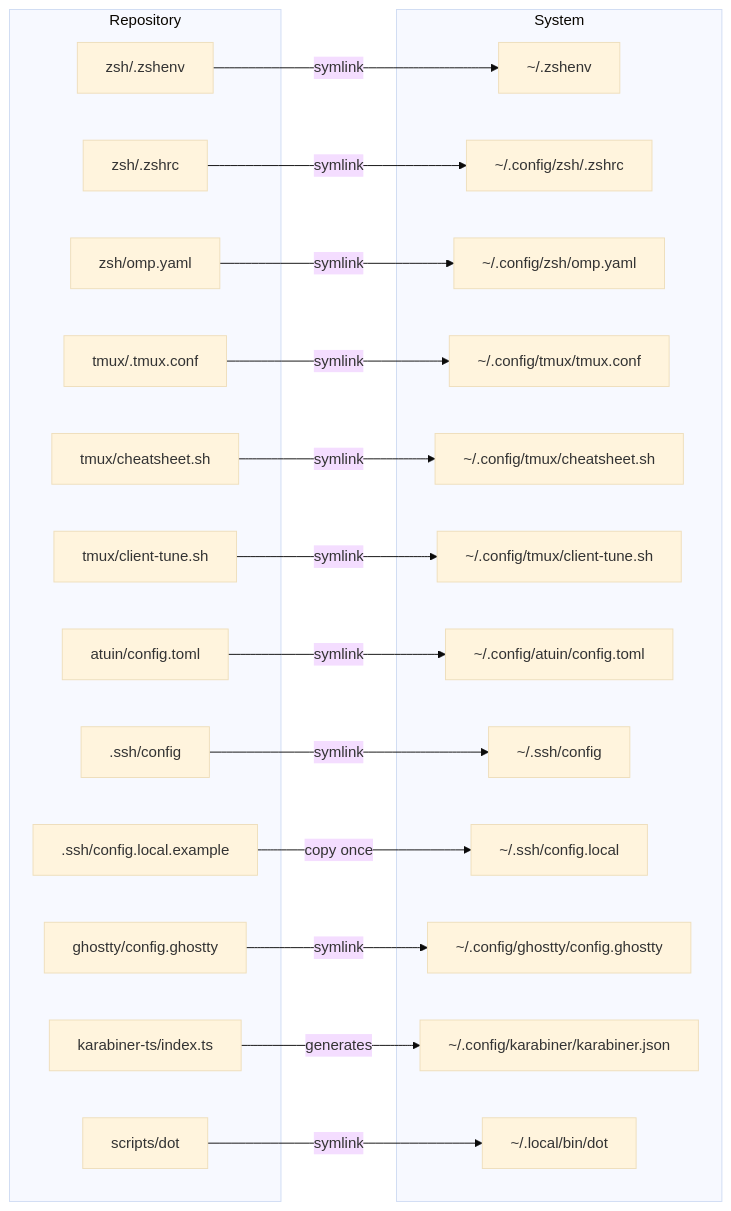
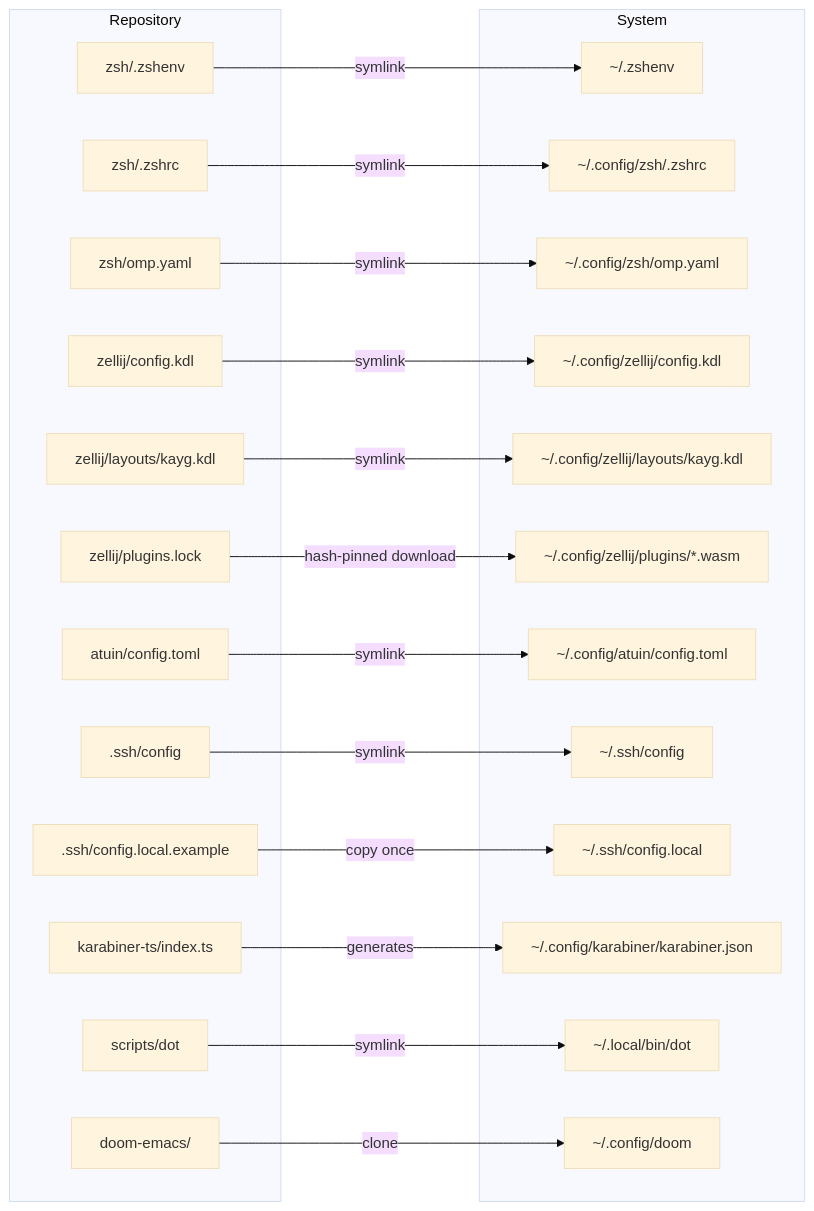
One commit to kaygdotorg/dotfiles changed the diagram in README.md. Above: the diagram before and after it, drawn with Mermaid (base theme). The commit also changed other lines of this file and 12 other files, not shown here.

First line of the commit message:
refactor: scope dot to dotfiles; add zellij/doom setup; drop tmux and ghostty

````diff
--- a/README.md
+++ b/README.md
@@ -117,45 +125,45 @@
 ```mermaid
 graph LR
     subgraph Repository
         A["zsh/.zshenv"]
         B["zsh/.zshrc"]
         C["zsh/omp.yaml"]
-        D["tmux/.tmux.conf"]
-        D2["tmux/cheatsheet.sh"]
-        D3["tmux/client-tune.sh"]
+        D["zellij/config.kdl"]
+        D2["zellij/layouts/kayg.kdl"]
+        D3["zellij/plugins.lock"]
         E["atuin/config.toml"]
         F[".ssh/config"]
         F2[".ssh/config.local.example"]
-        I["ghostty/config.ghostty"]
         G["karabiner-ts/index.ts"]
         H["scripts/dot"]
+        X["doom-emacs/"]
     end
 
     subgraph System
         A1["~/.zshenv"]
         B1["~/.config/zsh/.zshrc"]
         C1["~/.config/zsh/omp.yaml"]
-        D1["~/.config/tmux/tmux.conf"]
-        D21["~/.config/tmux/cheatsheet.sh"]
-        D31["~/.config/tmux/client-tune.sh"]
+        D1["~/.config/zellij/config.kdl"]
+        D21["~/.config/zellij/layouts/kayg.kdl"]
+        D31["~/.config/zellij/plugins/*.wasm"]
         E1["~/.config/atuin/config.toml"]
         F1["~/.ssh/config"]
         F21["~/.ssh/config.local"]
-        I1["~/.config/ghostty/config.ghostty"]
         G1["~/.config/karabiner/karabiner.json"]
         H1["~/.local/bin/dot"]
+        X1["~/.config/doom"]
     end
 
     A -->|symlink| A1
     B -->|symlink| B1
     C -->|symlink| C1
     D -->|symlink| D1
     D2 -->|symlink| D21
-    D3 -->|symlink| D31
+    D3 -->|hash-pinned download| D31
     E -->|symlink| E1
     F -->|symlink| F1
     F2 -->|copy once| F21
-    I -->|symlink| I1
     G -->|generates| G1
     H -->|symlink| H1
+    X -->|clone| X1
 ```
````
